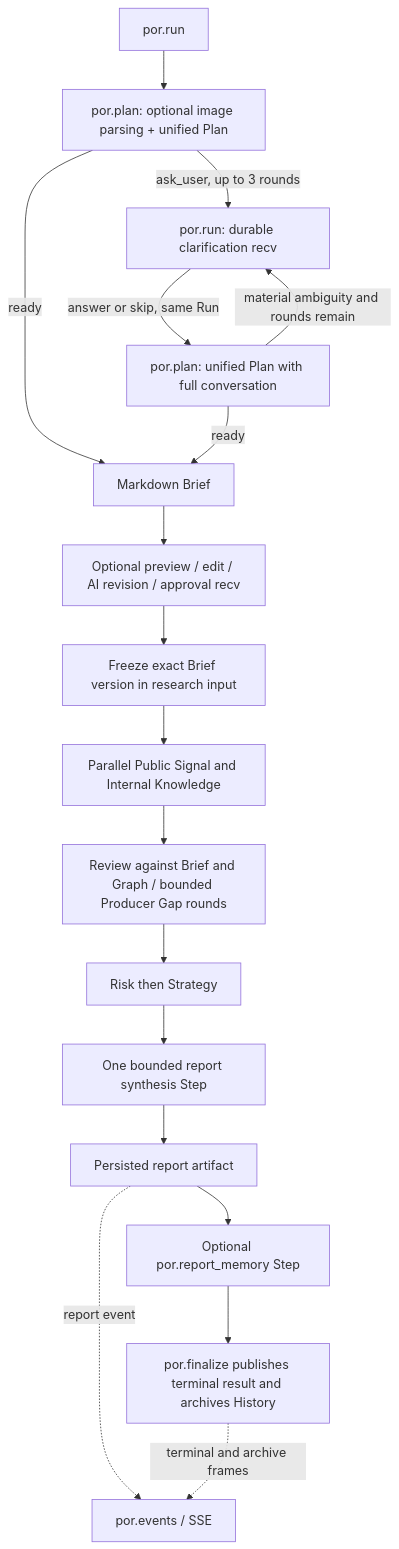
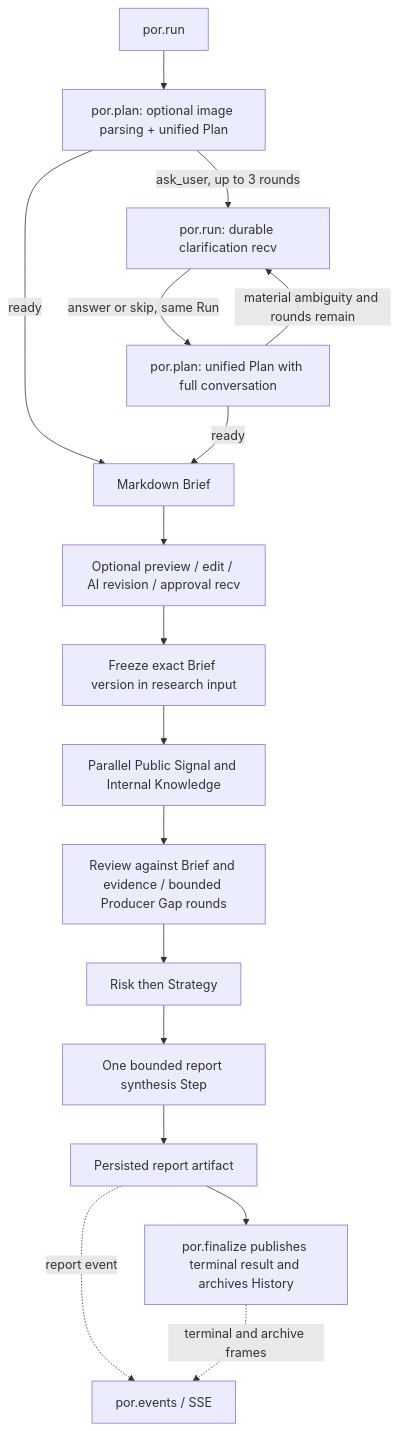
The second of 2 diagrams in docs/architecture/research-brief.md (kkaaakk/public_opinion_research), drawn with Mermaid before and after one commit. The commit also changed other lines of this file and 35 other files, not shown here.

Commit message:
fix(ci): remove retired graph and memory references

````diff
--- a/docs/architecture/research-brief.md
+++ b/docs/architecture/research-brief.md
@@ -28,20 +28,19 @@
 ```mermaid
 flowchart TD
   A[por.run] --> B[por.plan: optional image parsing + unified Plan]
   B -->|ask_user, up to 3 rounds| C[por.run: durable clarification recv]
   C -->|answer or skip, same Run| D[por.plan: unified Plan with full conversation]
   D -->|material ambiguity and rounds remain| C
   B -->|ready| E[Markdown Brief]
   D -->|ready| E
   E --> F[Optional preview / edit / AI revision / approval recv]
   F --> G[Freeze exact Brief version in research input]
   G --> H[Parallel Public Signal and Internal Knowledge]
-  H --> I[Review against Brief and Graph / bounded Producer Gap rounds]
+  H --> I[Review against Brief and evidence / bounded Producer Gap rounds]
   I --> J[Risk then Strategy]
   J --> K[One bounded report synthesis Step]
   K --> L[Persisted report artifact]
-  L --> P[Optional por.report_memory Step]
-  P --> M[por.finalize publishes terminal result and archives History]
+  L --> M[por.finalize publishes terminal result and archives History]
   L -. "report event" .-> S[por.events / SSE]
   M -. "terminal and archive frames" .-> S
 ```
````
